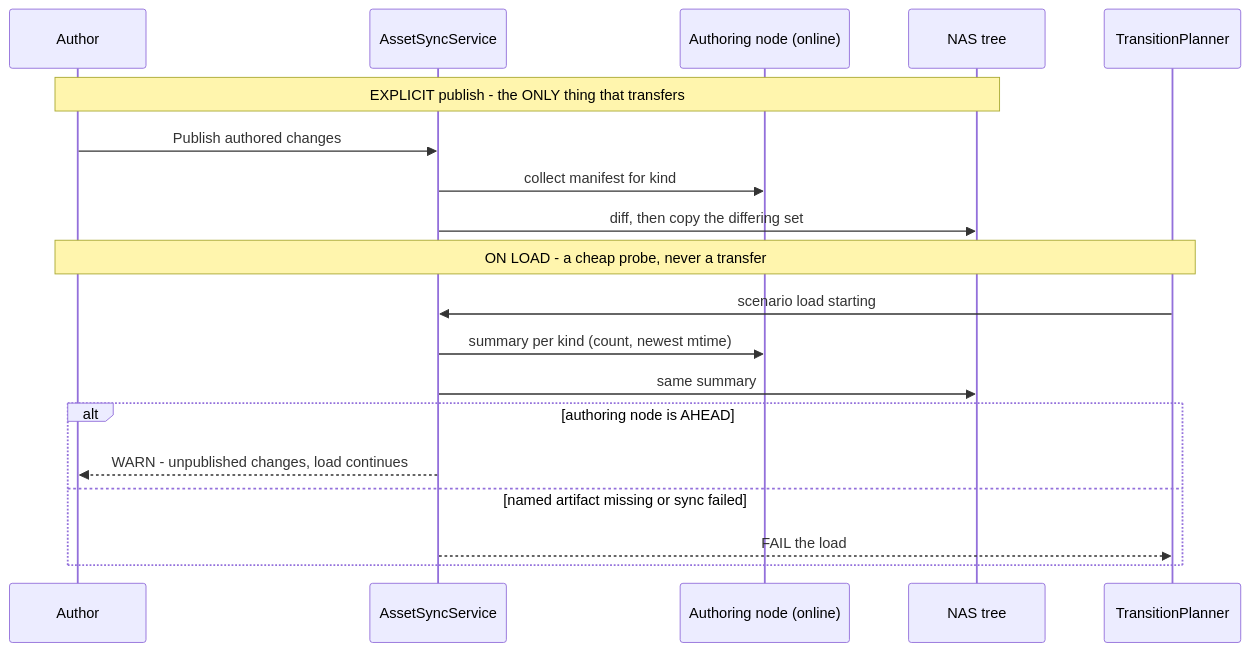
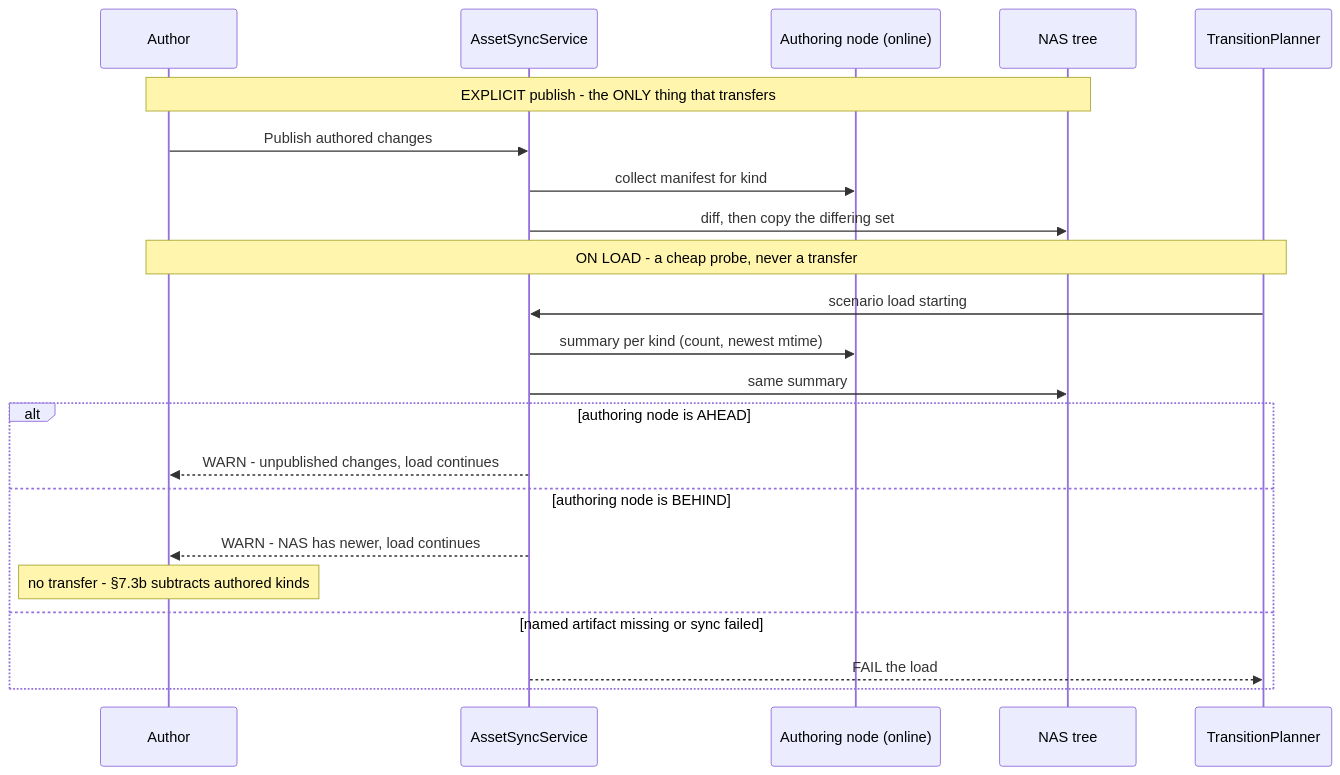
Before and after one commit to pjanec/HROT: the third of 4 diagrams in docs/DESIGN_Asset_Management.md, drawn with Mermaid. The commit also changed other lines of this file and 3 other files, not shown here.

````diff
--- a/docs/DESIGN_Asset_Management.md
+++ b/docs/DESIGN_Asset_Management.md
@@ -208,21 +212,24 @@
 ```mermaid
 sequenceDiagram
     participant U as Author
     participant SY as AssetSyncService
     participant A as Authoring node (online)
     participant NAS as NAS tree
     participant TP as TransitionPlanner
     Note over U,NAS: EXPLICIT publish - the ONLY thing that transfers
     U->>SY: Publish authored changes
     SY->>A: collect manifest for kind
     SY->>NAS: diff, then copy the differing set
     Note over U,TP: ON LOAD - a cheap probe, never a transfer
     TP->>SY: scenario load starting
     SY->>A: summary per kind (count, newest mtime)
     SY->>NAS: same summary
     alt authoring node is AHEAD
         SY-->>U: WARN - unpublished changes, load continues
+    else authoring node is BEHIND
+        SY-->>U: WARN - NAS has newer, load continues
+        Note over U: no transfer - §7.3b subtracts authored kinds
     else named artifact missing or sync failed
         SY-->>TP: FAIL the load
     end
 ```
````
